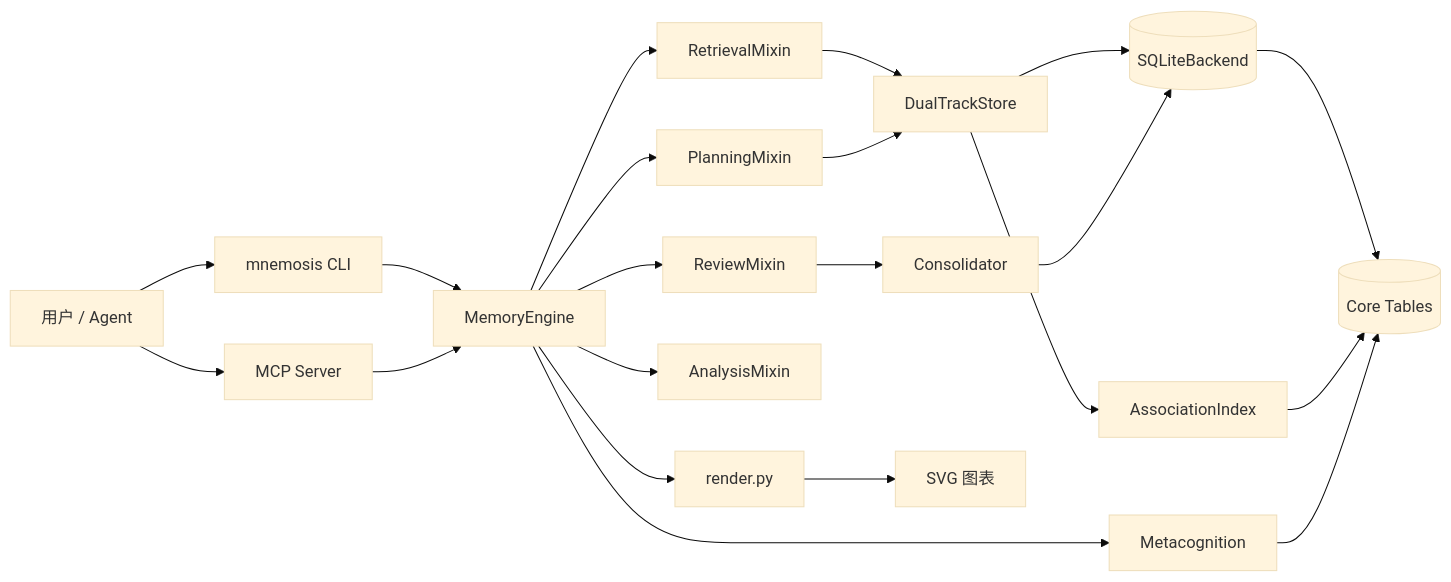
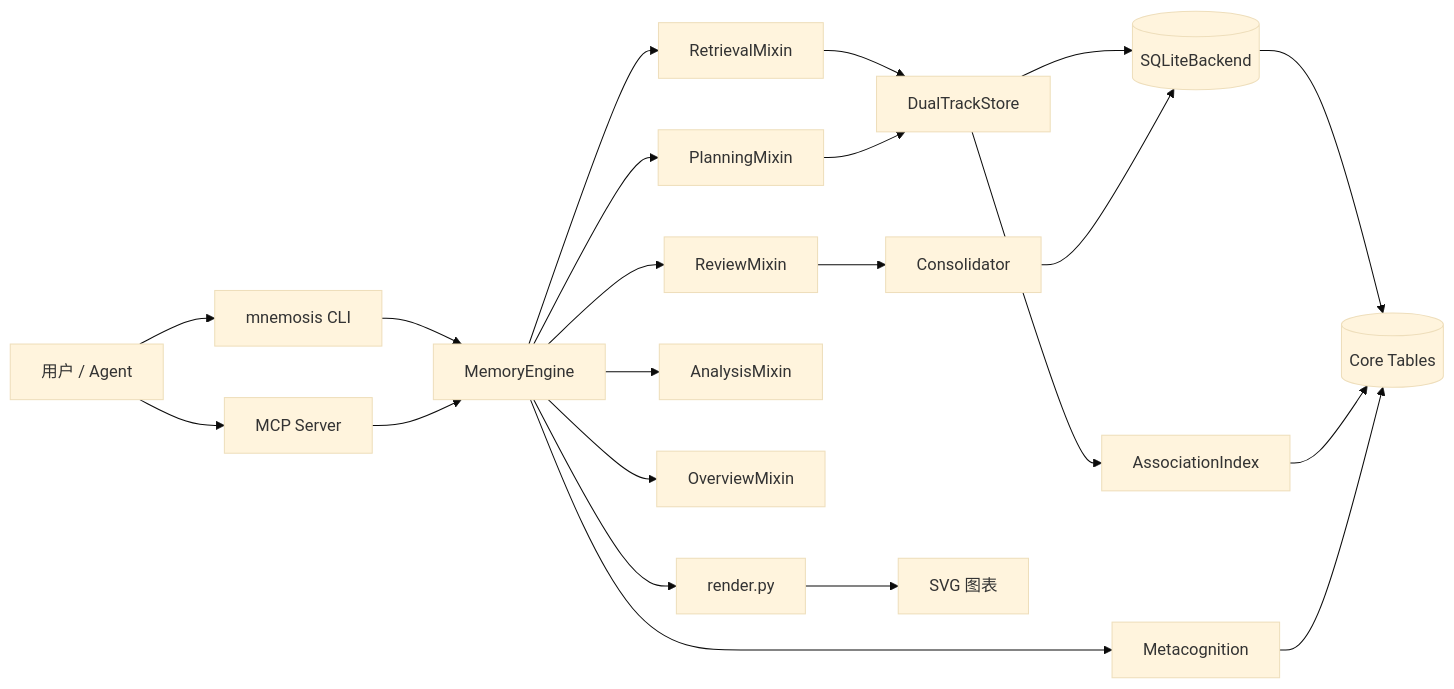
One commit to liyexiaoyi/Mnemosis changed the diagram in docs/architecture.md. Above: the diagram before and after it, drawn with Mermaid (base theme). The commit also changed other lines of this file and 3 other files, not shown here.

Commit message:
refactor: split overview/profile methods into OverviewMixin (eighth slice)

````diff
--- a/docs/architecture.md
+++ b/docs/architecture.md
@@ -72,23 +80,24 @@
 ```mermaid
 flowchart LR
     U["用户 / Agent"] --> CLI["mnemosis CLI"]
     U --> MCP["MCP Server"]
     CLI --> E[MemoryEngine]
     MCP --> E
     E --> RM[RetrievalMixin]
     E --> PM[PlanningMixin]
     E --> VM[ReviewMixin]
     E --> AM[AnalysisMixin]
+    E --> OM[OverviewMixin]
     RM --> DT[DualTrackStore]
     PM --> DT
     VM --> C[Consolidator]
     DT --> B[(SQLiteBackend)]
     C --> B
     B --> L[("Core Tables")]
     DT --> AI[AssociationIndex]
     E --> MC[Metacognition]
     E --> R[render.py]
     R --> SVG["SVG 图表"]
     AI --> L
     MC --> L
 ```
````
